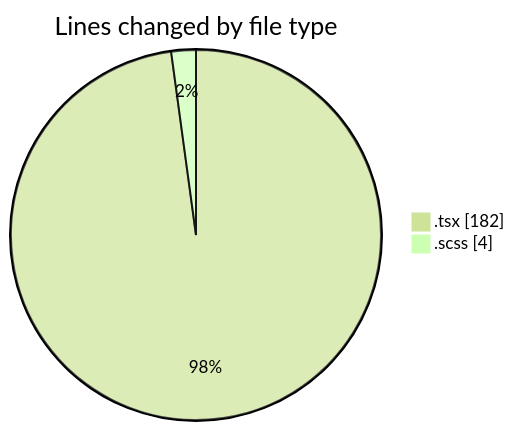
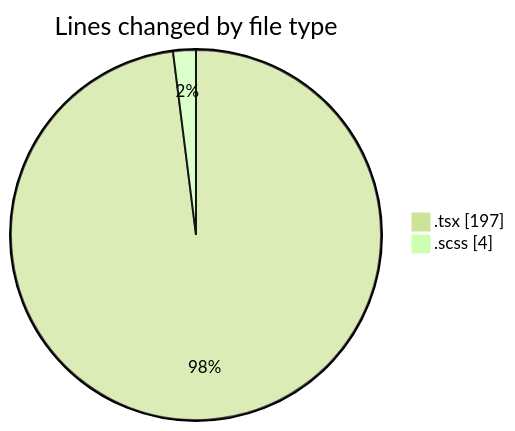
Before and after one commit to momahboobian/code-tracking: the first of 2 diagrams in 2025-02-13/cda/README.md, drawn with Mermaid (forest theme). The commit also changed other lines of this file and 1 other file, not shown here.

````diff
--- a/2025-02-13/cda/README.md
+++ b/2025-02-13/cda/README.md
@@ -24,6 +24,6 @@
 ```mermaid
 pie showData
 title Lines changed by file type
-".tsx" : 182
+".tsx" : 197
 ".scss" : 4
 ```
````
